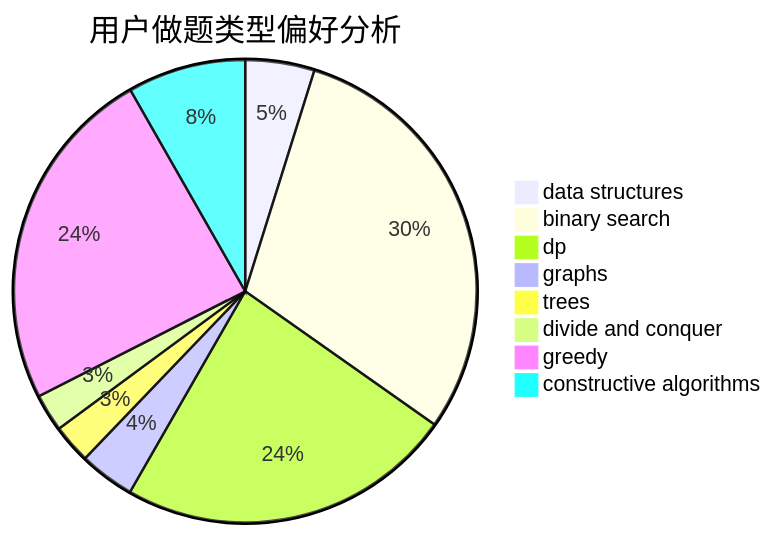
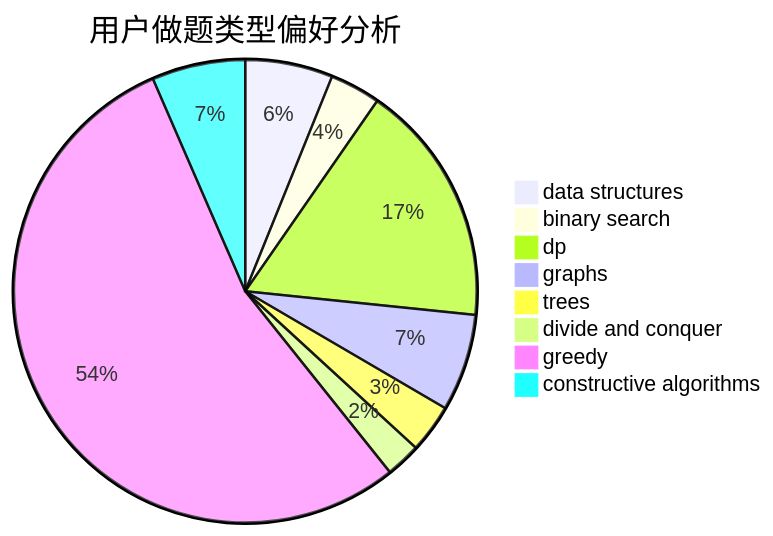
Before and after one commit to sherpahu/cfrs.github.io: the second of 3 diagrams in docs/user/u1703.md, drawn with Mermaid. The commit also changed other lines of this file and 2770 other files, not shown here.

````diff
--- a/docs/user/u1703.md
+++ b/docs/user/u1703.md
@@ -23,11 +23,11 @@
 ```mermaid
 pie title 用户做题类型偏好分析
-    "data structures" :  55
-    "binary search" :  341
-    "dp" :  268
-    "graphs" :  44
-    "trees" :  31
-    "divide and conquer" :  30
-    "greedy" :  276
-    "constructive algorithms" :  94
+    "data structures" :  45
+    "binary search" :  26
+    "dp" :  125
+    "graphs" :  50
+    "trees" :  25
+    "divide and conquer" :  18
+    "greedy" :  399
+    "constructive algorithms" :  48
 ```
````
